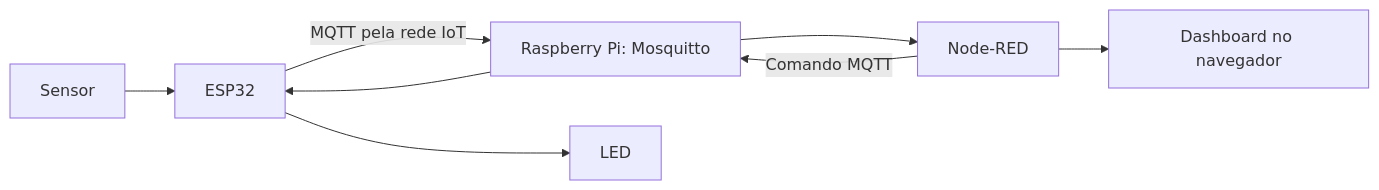
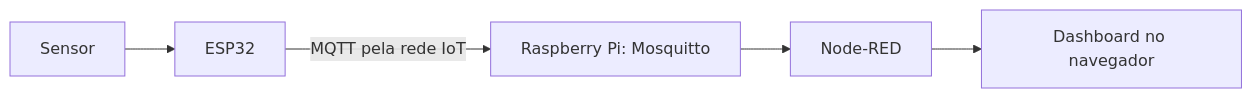
Before and after one commit to agodoi/m04-semana05: the diagram in README.md, drawn with Mermaid. The commit also changed other lines of this file, not shown here.

````diff
--- a/README.md
+++ b/README.md
@@ -21,10 +21,7 @@
 ```mermaid
 flowchart LR
     S[Sensor] --> E[ESP32]
     E -- MQTT pela rede IoT --> B["Raspberry Pi: Mosquitto"]
     B --> N[Node-RED]
     N --> D["Dashboard no navegador"]
-    N -- Comando MQTT --> B
-    B --> E
-    E --> L[LED]
 ```
````
